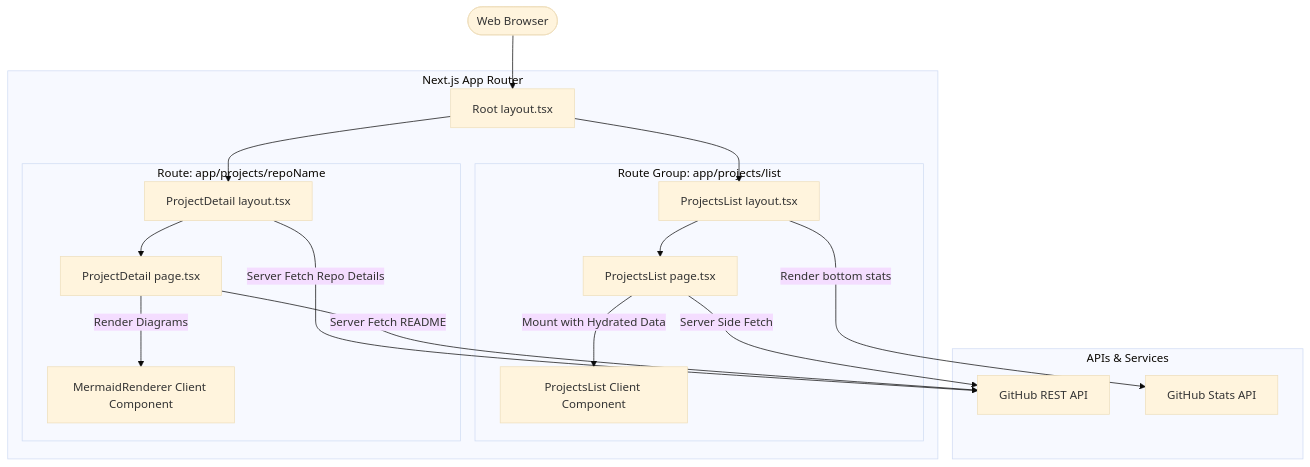
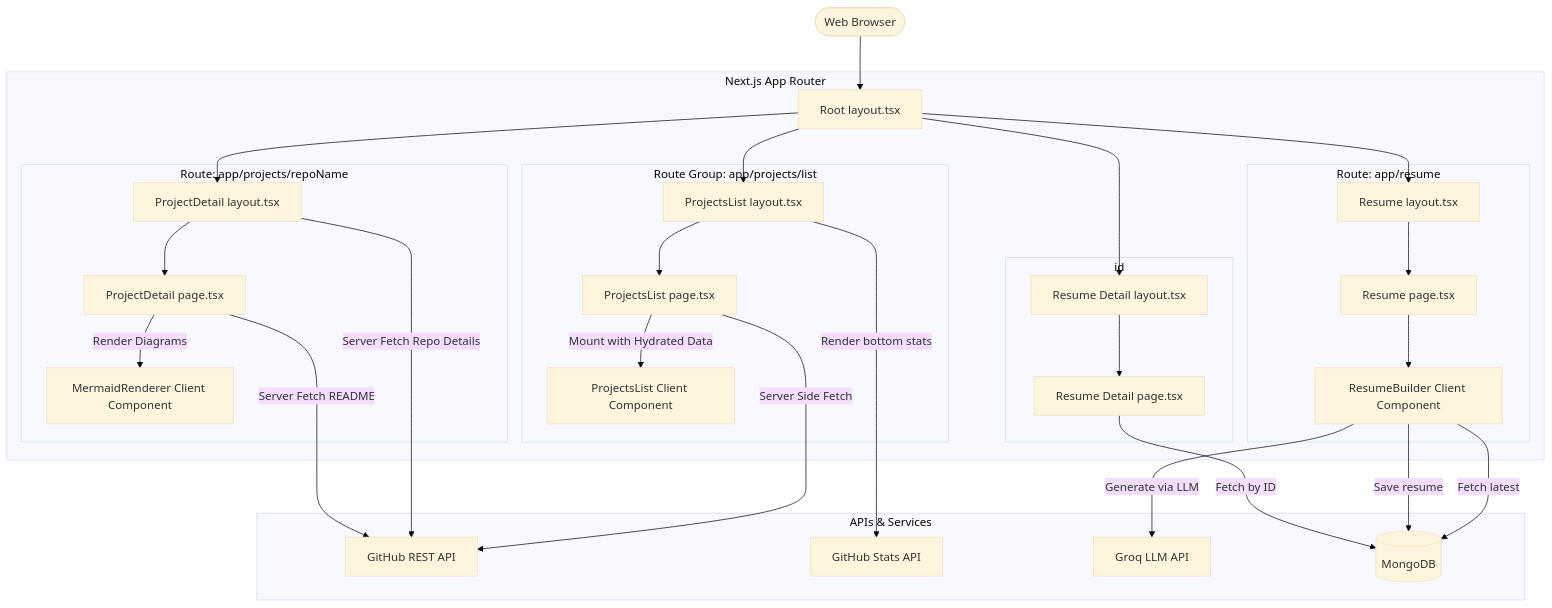
One commit to bharatbhusal/portfolio changed the diagram in docs/HLD.md. Above: the diagram before and after it, drawn with Mermaid (base theme). The commit also changed other lines of this file and 41 other files, not shown here.

First line of the commit message:
feat: ATS Resume Builder (#38)

````diff
--- a/docs/HLD.md
+++ b/docs/HLD.md
@@ -9,41 +9,67 @@
 ```mermaid
 graph TD
   User([Web Browser])
   
   subgraph Next.js App Router
     RootLayout[Root layout.tsx]
     
     subgraph Route Group: app/projects/list
       ListLayout[ProjectsList layout.tsx]
       ListPage[ProjectsList page.tsx]
       ClientList[ProjectsList Client Component]
     end
     
     subgraph Route: app/projects/repoName
       DetailLayout[ProjectDetail layout.tsx]
       DetailPage[ProjectDetail page.tsx]
       Mermaid[MermaidRenderer Client Component]
     end
+
+    subgraph Route: app/resume
+      ResumeLayout[Resume layout.tsx]
+      ResumePage[Resume page.tsx]
+      Builder[ResumeBuilder Client Component]
+    end
+
+    subgraph Route: app/resume/[id]
+      DetailResumeLayout[Resume Detail layout.tsx]
+      DetailResumePage[Resume Detail page.tsx]
+    end
   end
   
   subgraph APIs & Services
     GithubAPI[GitHub REST API]
     StatsAPI[GitHub Stats API]
+    GroqAPI[Groq LLM API]
+    MongoDB[(MongoDB)]
   end
 
   User --> RootLayout
   
   %% Project List Route Path
   RootLayout --> ListLayout
   ListLayout --> ListPage
   ListPage -- Server Side Fetch --> GithubAPI
   ListPage -- Mount with Hydrated Data --> ClientList
   ListLayout -- Render bottom stats --> StatsAPI
   
   %% Project Detail Route Path
   RootLayout --> DetailLayout
   DetailLayout -- Server Fetch Repo Details --> GithubAPI
   DetailLayout --> DetailPage
   DetailPage -- Server Fetch README --> GithubAPI
   DetailPage -- Render Diagrams --> Mermaid
+
+  %% Resume Route Path
+  RootLayout --> ResumeLayout
+  ResumeLayout --> ResumePage
+  ResumePage --> Builder
+  Builder -- Fetch latest --> MongoDB
+  Builder -- Generate via LLM --> GroqAPI
+  Builder -- Save resume --> MongoDB
+
+  %% Resume Detail Route Path
+  RootLayout --> DetailResumeLayout
+  DetailResumeLayout --> DetailResumePage
+  DetailResumePage -- Fetch by ID --> MongoDB
 ```
````
